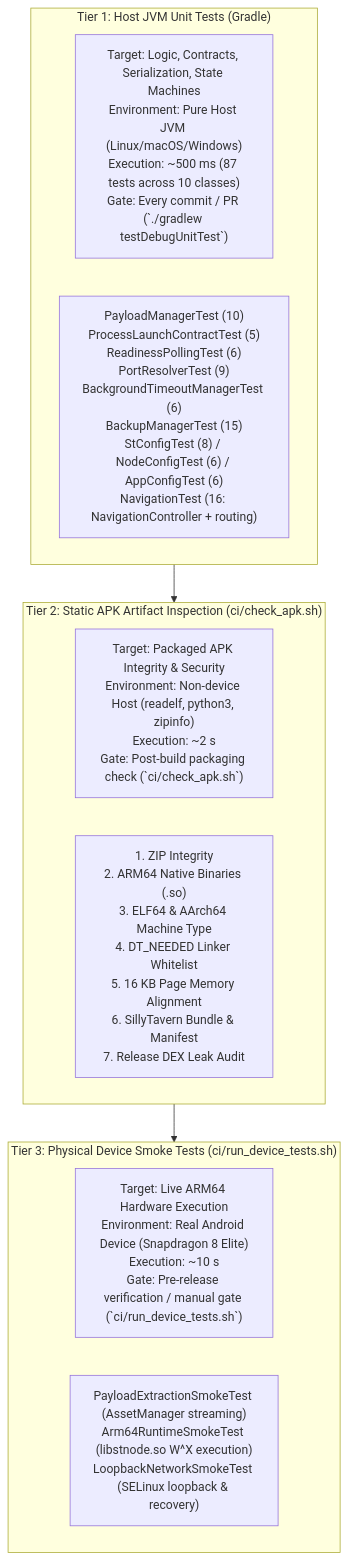
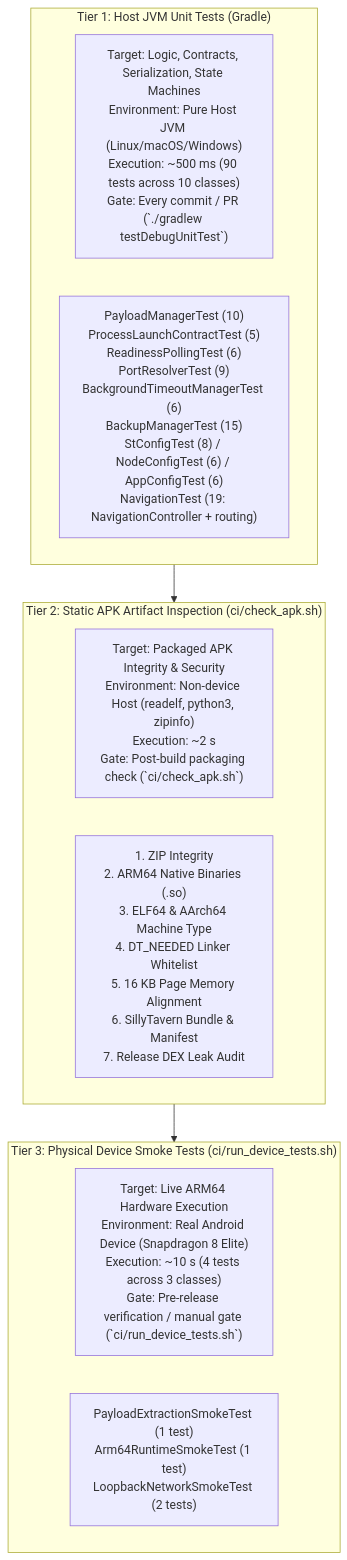
Before and after one commit to OblivCode/ST-Mobile-Android: the first of 4 diagrams in testing.md, drawn with Mermaid. The commit also changed other lines of this file and 2 other files, not shown here.

Commit message:
docs: add comprehensive testing architecture reference and update architectural guides

````diff
--- a/testing.md
+++ b/testing.md
@@ -19,19 +19,19 @@
 ```mermaid
 flowchart TD
     subgraph Tier1["Tier 1: Host JVM Unit Tests (Gradle)"]
-        T1_Desc["Target: Logic, Contracts, Serialization, State Machines<br/>Environment: Pure Host JVM (Linux/macOS/Windows)<br/>Execution: ~500 ms (87 tests across 10 classes)<br/>Gate: Every commit / PR (`./gradlew testDebugUnitTest`)"]
-        T1_Classes["PayloadManagerTest (10)<br/>ProcessLaunchContractTest (5)<br/>ReadinessPollingTest (6)<br/>PortResolverTest (9)<br/>BackgroundTimeoutManagerTest (6)<br/>BackupManagerTest (15)<br/>StConfigTest (8) / NodeConfigTest (6) / AppConfigTest (6)<br/>NavigationTest (16: NavigationController + routing)"]
+        T1_Desc["Target: Logic, Contracts, Serialization, State Machines<br/>Environment: Pure Host JVM (Linux/macOS/Windows)<br/>Execution: ~500 ms (90 tests across 10 classes)<br/>Gate: Every commit / PR (`./gradlew testDebugUnitTest`)"]
+        T1_Classes["PayloadManagerTest (10)<br/>ProcessLaunchContractTest (5)<br/>ReadinessPollingTest (6)<br/>PortResolverTest (9)<br/>BackgroundTimeoutManagerTest (6)<br/>BackupManagerTest (15)<br/>StConfigTest (8) / NodeConfigTest (6) / AppConfigTest (6)<br/>NavigationTest (19: NavigationController + routing)"]
     end
 
     subgraph Tier2["Tier 2: Static APK Artifact Inspection (ci/check_apk.sh)"]
         T2_Desc["Target: Packaged APK Integrity & Security<br/>Environment: Non-device Host (readelf, python3, zipinfo)<br/>Execution: ~2 s<br/>Gate: Post-build packaging check (`ci/check_apk.sh`)"]
         T2_Checks["1. ZIP Integrity<br/>2. ARM64 Native Binaries (.so)<br/>3. ELF64 & AArch64 Machine Type<br/>4. DT_NEEDED Linker Whitelist<br/>5. 16 KB Page Memory Alignment<br/>6. SillyTavern Bundle & Manifest<br/>7. Release DEX Leak Audit"]
     end
 
     subgraph Tier3["Tier 3: Physical Device Smoke Tests (ci/run_device_tests.sh)"]
-        T3_Desc["Target: Live ARM64 Hardware Execution<br/>Environment: Real Android Device (Snapdragon 8 Elite)<br/>Execution: ~10 s<br/>Gate: Pre-release verification / manual gate (`ci/run_device_tests.sh`)"]
-        T3_Smoke["PayloadExtractionSmokeTest (AssetManager streaming)<br/>Arm64RuntimeSmokeTest (libstnode.so W^X execution)<br/>LoopbackNetworkSmokeTest (SELinux loopback & recovery)"]
+        T3_Desc["Target: Live ARM64 Hardware Execution<br/>Environment: Real Android Device (Snapdragon 8 Elite)<br/>Execution: ~10 s (4 tests across 3 classes)<br/>Gate: Pre-release verification / manual gate (`ci/run_device_tests.sh`)"]
+        T3_Smoke["PayloadExtractionSmokeTest (1 test)<br/>Arm64RuntimeSmokeTest (1 test)<br/>LoopbackNetworkSmokeTest (2 tests)"]
     end
 
     Tier1 --> Tier2 --> Tier3
 ```
````
